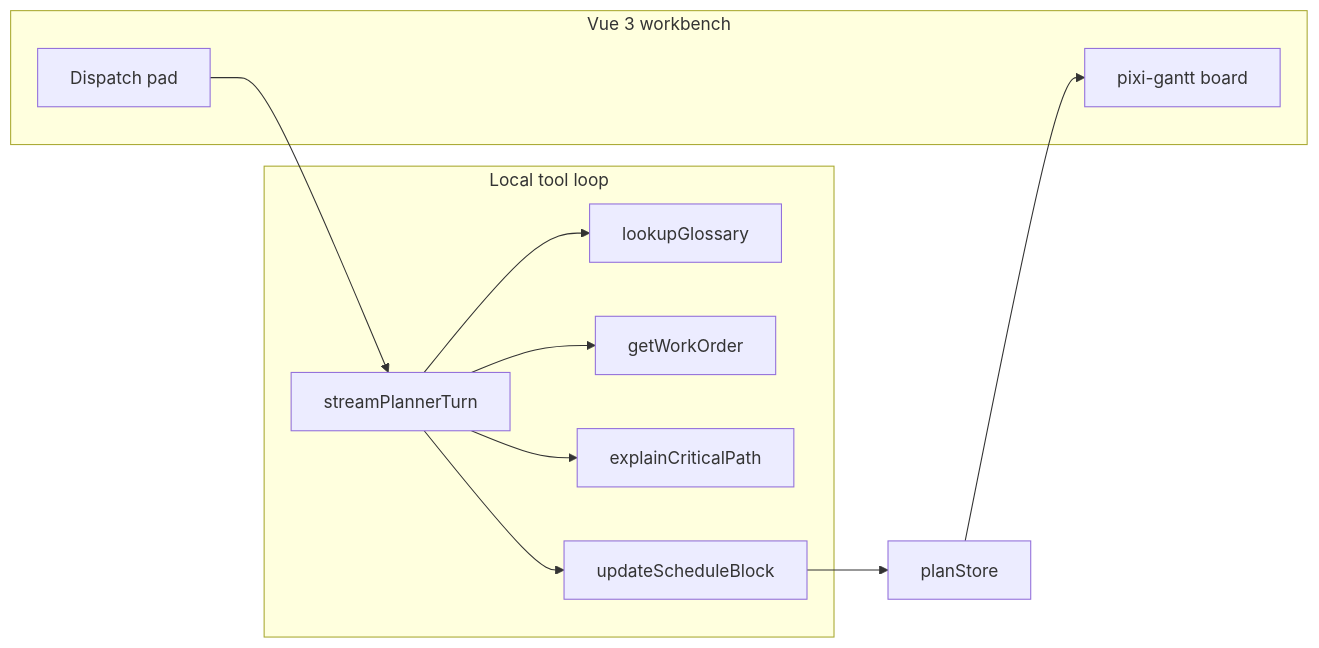
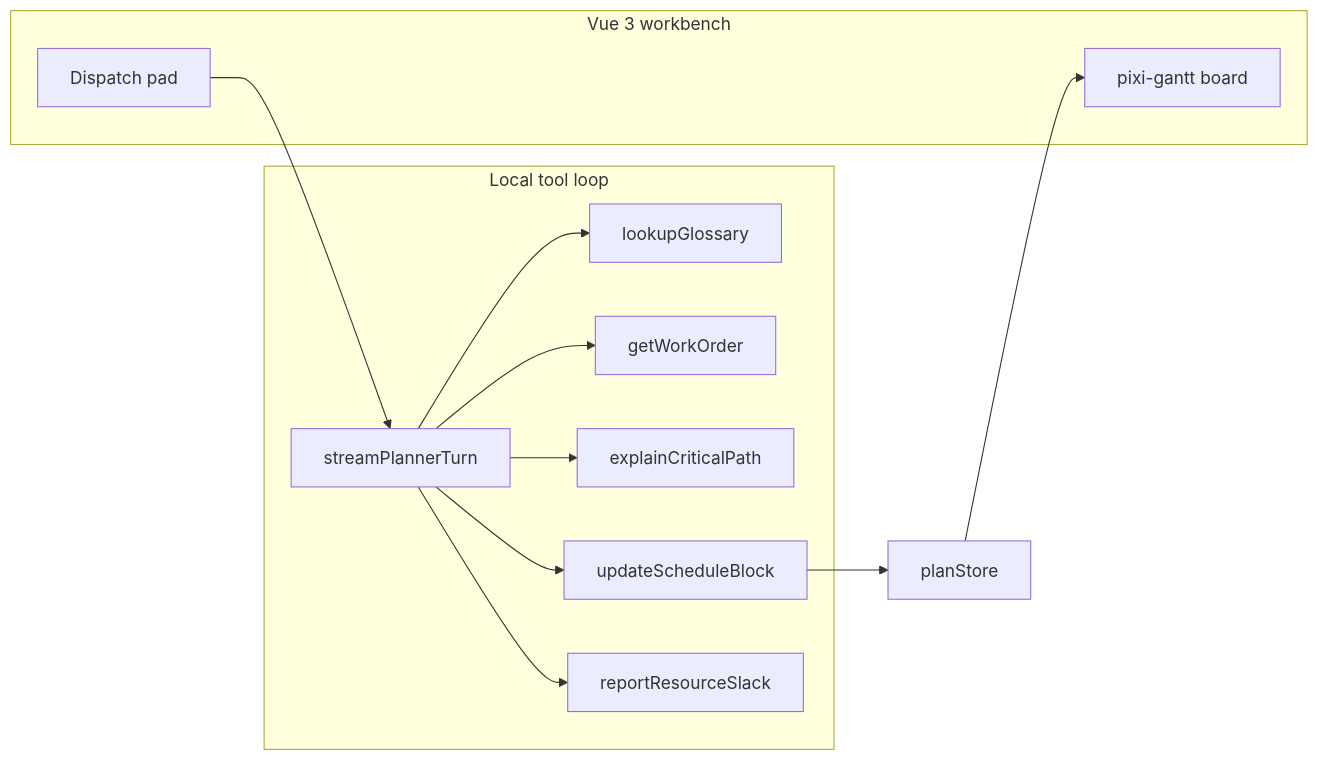
Before and after one commit to mizuno0237/scp-planning-copilot: the diagram in README.md, drawn with Mermaid. The commit also changed other lines of this file and 4 other files, not shown here.

Commit message:
feat: report remaining slack on each resource lane

````diff
--- a/README.md
+++ b/README.md
@@ -45,22 +45,24 @@
 ```mermaid
 flowchart LR
   subgraph ui [Vue 3 workbench]
     PAD[Dispatch pad]
     BOARD[pixi-gantt board]
   end
   subgraph loop [Local tool loop]
     PLAN[streamPlannerTurn]
     T1[lookupGlossary]
     T2[getWorkOrder]
     T3[explainCriticalPath]
     T4[updateScheduleBlock]
+    T5[reportResourceSlack]
   end
   STORE[planStore]
   PAD --> PLAN
   PLAN --> T1
   PLAN --> T2
   PLAN --> T3
   PLAN --> T4
+  PLAN --> T5
   T4 --> STORE
   STORE --> BOARD
 ```
````
